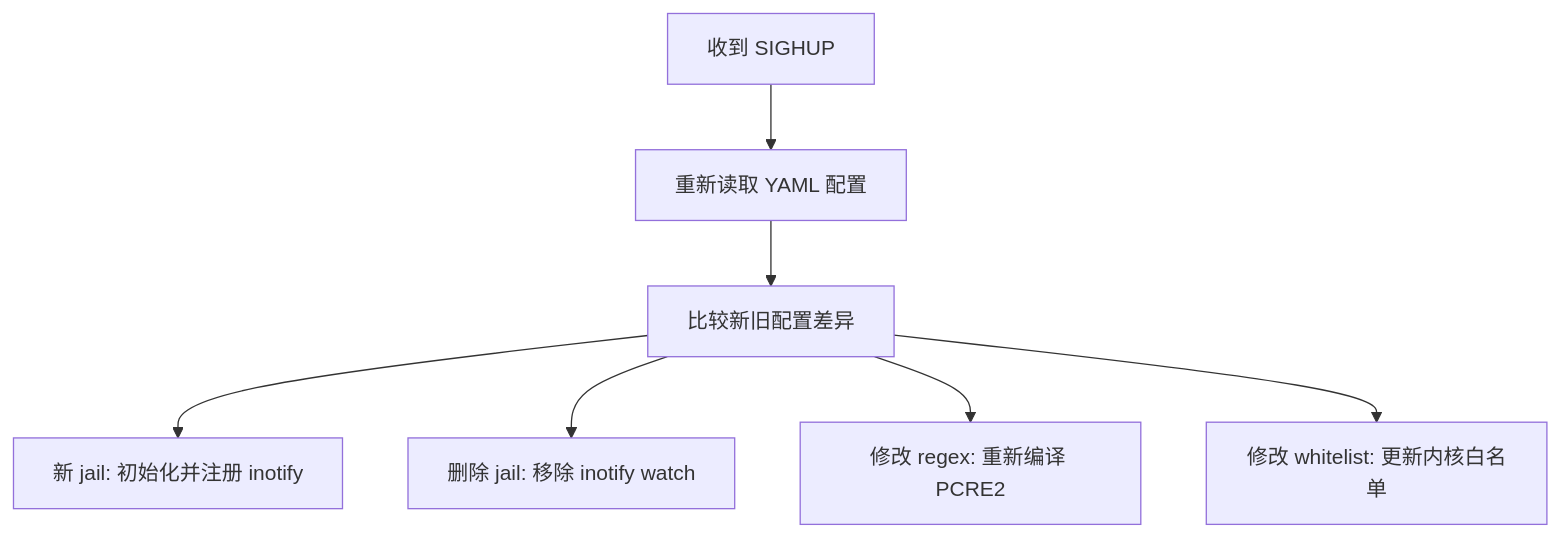
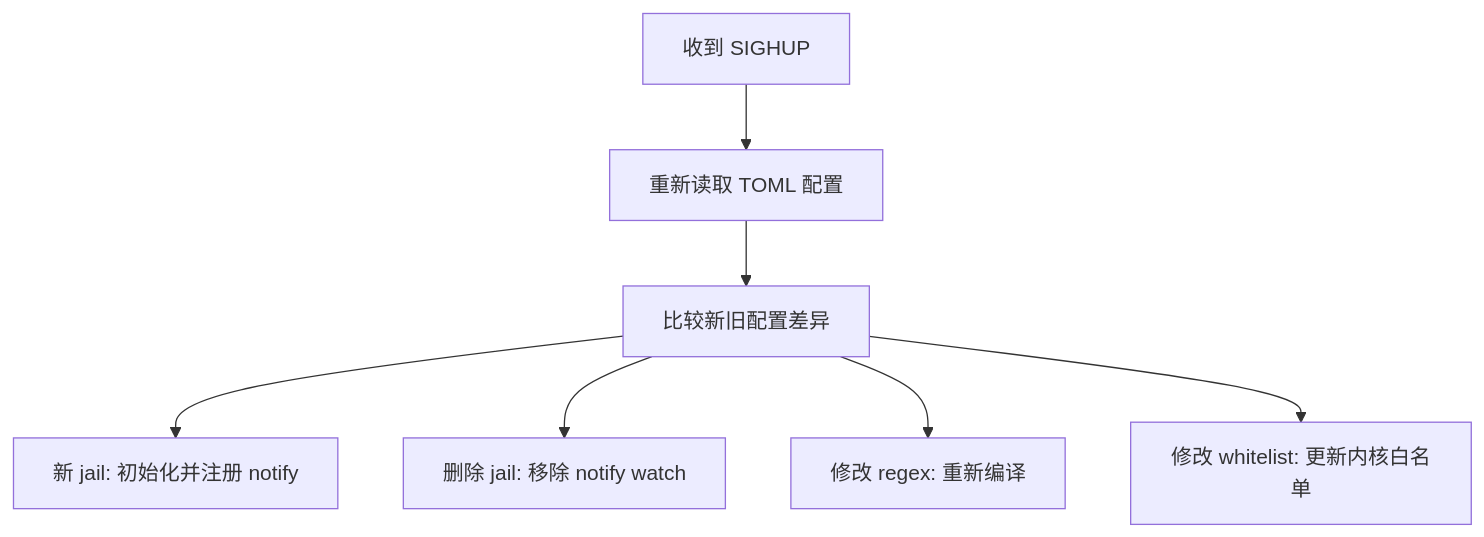
Before and after one commit to SnowCore8/linux-firewall-kmod: the sixth of 6 diagrams in docs/zh/architecture/daemon.md, drawn with Mermaid. The commit also changed other lines of this file and 35 other files, not shown here.

````diff
--- a/docs/zh/architecture/daemon.md
+++ b/docs/zh/architecture/daemon.md
@@ -303,9 +295,9 @@
 ```mermaid
 graph TB
-    A["收到 SIGHUP"] --> B["重新读取 YAML 配置"]
+    A["收到 SIGHUP"] --> B["重新读取 TOML 配置"]
     B --> C["比较新旧配置差异"]
-    C --> D["新 jail: 初始化并注册 inotify"]
-    C --> E["删除 jail: 移除 inotify watch"]
-    C --> F["修改 regex: 重新编译 PCRE2"]
+    C --> D["新 jail: 初始化并注册 notify"]
+    C --> E["删除 jail: 移除 notify watch"]
+    C --> F["修改 regex: 重新编译"]
     C --> G["修改 whitelist: 更新内核白名单"]
 ```
````
